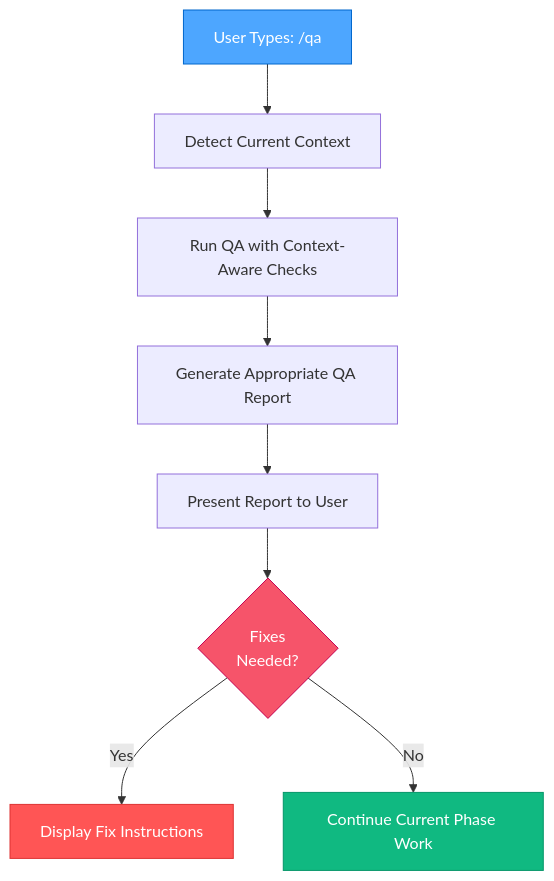
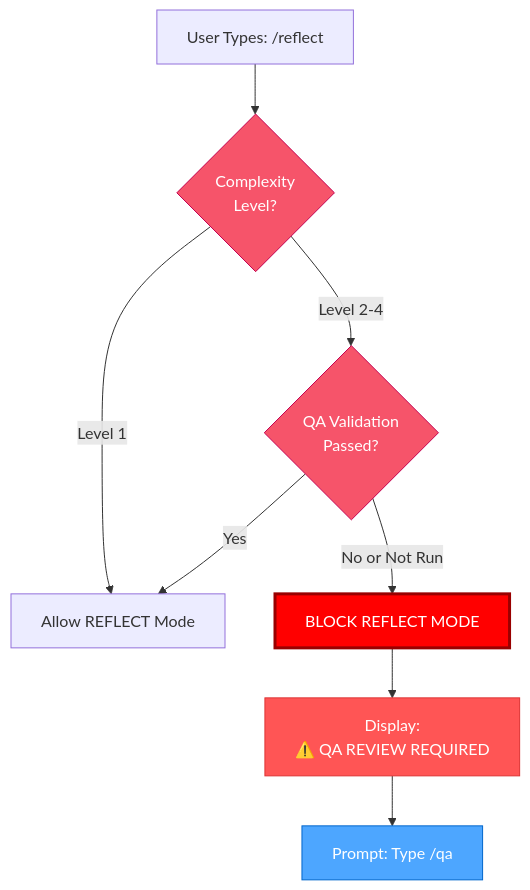
The third of 3 diagrams in rulesets/niko/niko/visual-maps/qa-mode-map.mdc (Texarkanine/.cursor-rules), drawn with Mermaid before and after one commit. The commit also changed other lines of this file and 22 other files, not shown here.

````diff
--- a/rulesets/niko/niko/visual-maps/qa-mode-map.mdc
+++ b/rulesets/niko/niko/visual-maps/qa-mode-map.mdc
@@ -478,16 +188,16 @@
 ```mermaid
 graph TD
-    Start["User Types: /qa"] --> DetectContext["Detect Current Context"]
-    DetectContext --> RunQA["Run QA with Context-Aware Checks"]
-    RunQA --> GenerateReport["Generate Appropriate QA Report"]
-    GenerateReport --> UserResponse["Present Report to User"]
-    
-    UserResponse --> FixNeeded{"Fixes<br>Needed?"}
-    FixNeeded -->|"Yes"| SuggestFixes["Display Fix Instructions"]
-    FixNeeded -->|"No"| ContinueWork["Continue Current Phase Work"]
-    
-    style Start fill:#4da6ff,stroke:#0066cc,color:white
-    style FixNeeded fill:#f6546a,stroke:#c30052,color:white
-    style SuggestFixes fill:#ff5555,stroke:#dd3333,color:white
-    style ContinueWork fill:#10b981,stroke:#059669,color:white
+    Start["User Types: /reflect"] --> CheckLevel{"Complexity<br>Level?"}
+    CheckLevel -->|"Level 1"| AllowReflect["Allow REFLECT Mode"]
+    CheckLevel -->|"Level 2-4"| CheckQA{"QA Validation<br>Passed?"}
+    CheckQA -->|"Yes"| AllowReflect
+    CheckQA -->|"No or Not Run"| BlockReflect["BLOCK REFLECT MODE"]
+    BlockReflect --> Message["Display:<br>⚠️ QA REVIEW REQUIRED"]
+    Message --> ReturnToQA["Prompt: Type /qa"]
+
+    style CheckLevel fill:#f6546a,stroke:#c30052,color:white
+    style CheckQA fill:#f6546a,stroke:#c30052,color:white
+    style BlockReflect fill:#ff0000,stroke:#990000,color:white,stroke-width:3px
+    style Message fill:#ff5555,stroke:#dd3333,color:white
+    style ReturnToQA fill:#4da6ff,stroke:#0066cc,color:white
 ```
````
